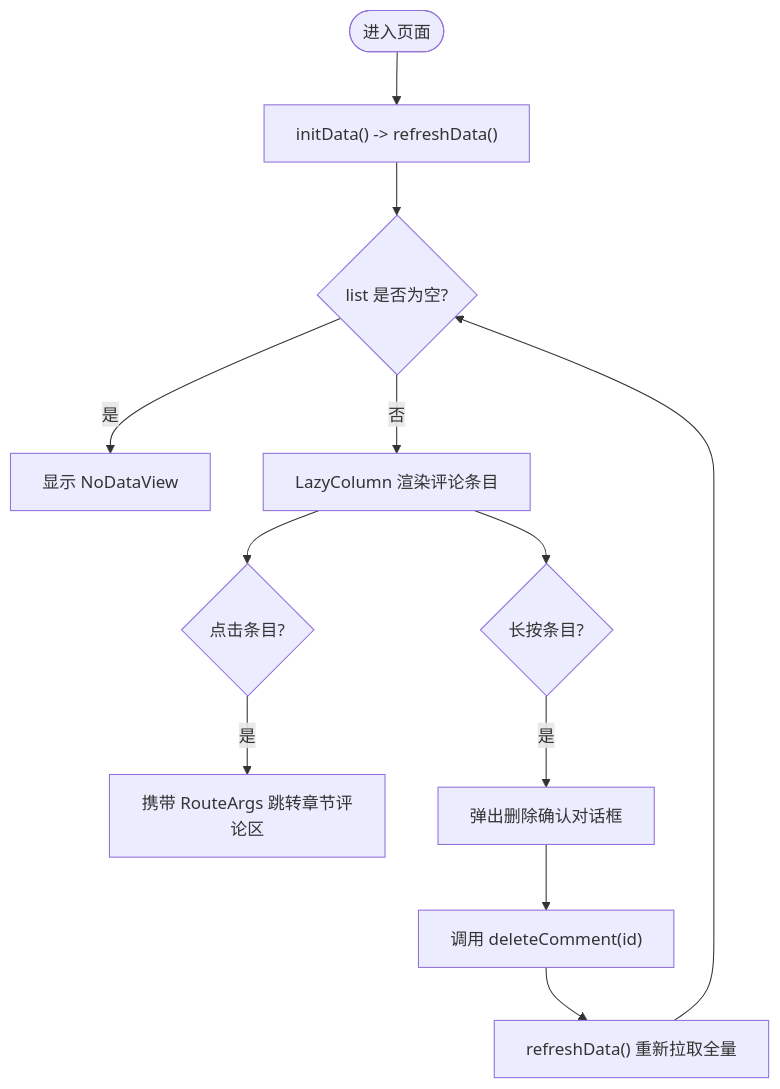
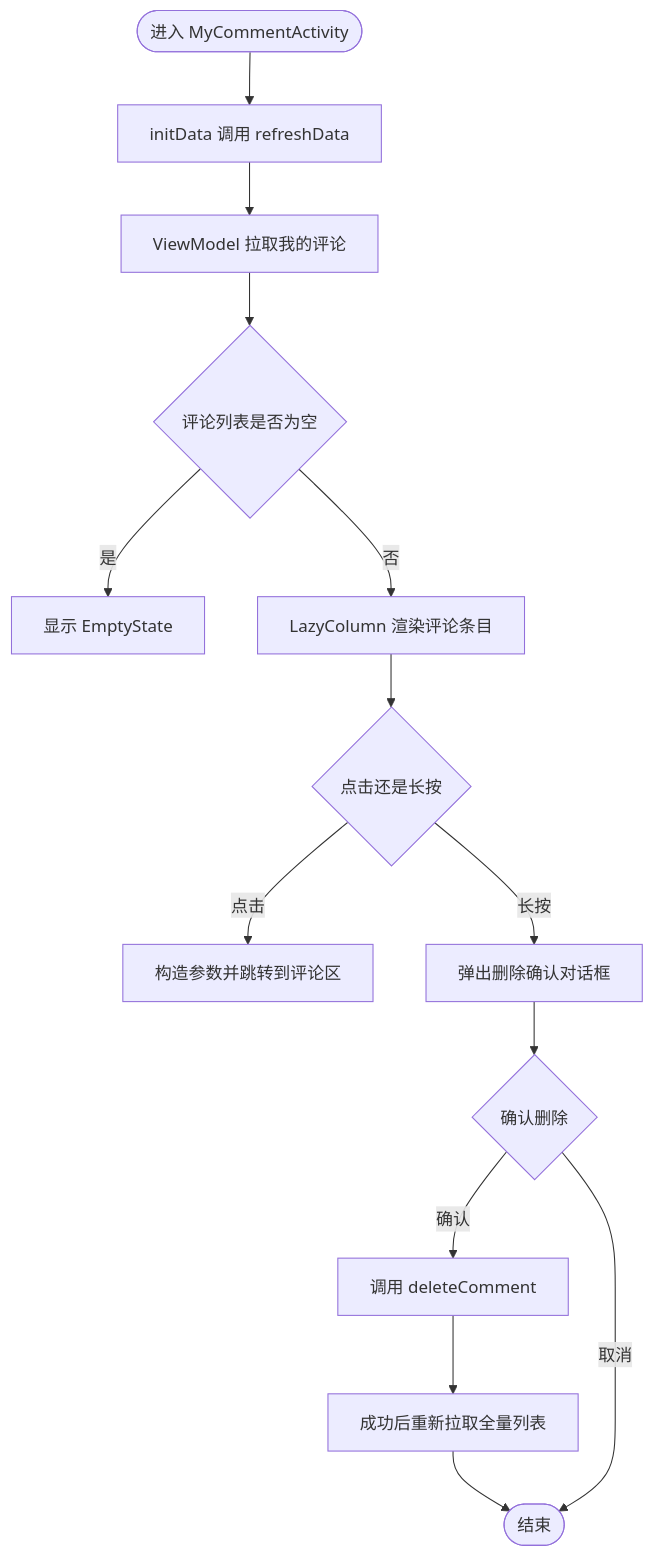
The third of 5 diagrams in .qoder/repowiki/zh/content/核心模块/个人中心模块 (module_me)/评论管理功能.md (xrn1997/android-ebook), drawn with Mermaid before and after one commit. The commit also changed other lines of this file and 456 other files, not shown here.

````diff
--- a/.qoder/repowiki/zh/content/核心模块/个人中心模块 (module_me)/评论管理功能.md
+++ b/.qoder/repowiki/zh/content/核心模块/个人中心模块 (module_me)/评论管理功能.md
@@ -138,14 +119,16 @@
 ```mermaid
 flowchart TD
-    Start(["进入页面"]) --> Init["initData() -> refreshData()"]
-    Init --> Render{"list 是否为空?"}
-    Render -->|是| Empty["显示 NoDataView"]
+    Start(["进入 MyCommentActivity"]) --> Init["initData 调用 refreshData"]
+    Init --> Load["ViewModel 拉取我的评论"]
+    Load --> Render{"评论列表是否为空"}
+    Render -->|是| Empty["显示 EmptyState"]
     Render -->|否| List["LazyColumn 渲染评论条目"]
-    List --> Click{"点击条目?"}
-    Click -->|是| Jump["携带 RouteArgs 跳转章节评论区"]
-    List --> LongPress{"长按条目?"}
-    LongPress -->|是| Confirm["弹出删除确认对话框"]
-    Confirm --> Delete["调用 deleteComment(id)"]
-    Delete --> Refresh["refreshData() 重新拉取全量"]
-    Refresh --> Render
+    List --> Click{"点击还是长按"}
+    Click -->|点击| Navigate["构造参数并跳转到评论区"]
+    Click -->|长按| DeleteConfirm["弹出删除确认对话框"]
+    DeleteConfirm --> Confirm{"确认删除"}
+    Confirm -->|确认| CallDelete["调用 deleteComment"]
+    CallDelete --> Refresh["成功后重新拉取全量列表"]
+    Refresh --> End(["结束"])
+    Confirm -->|取消| End
 ```
````
